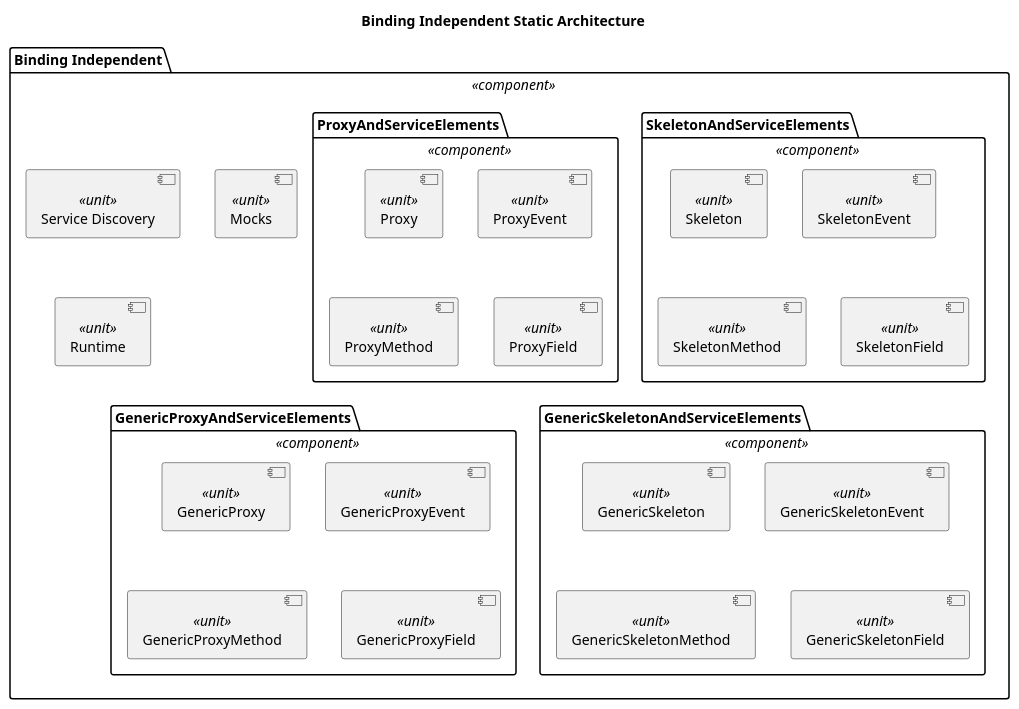
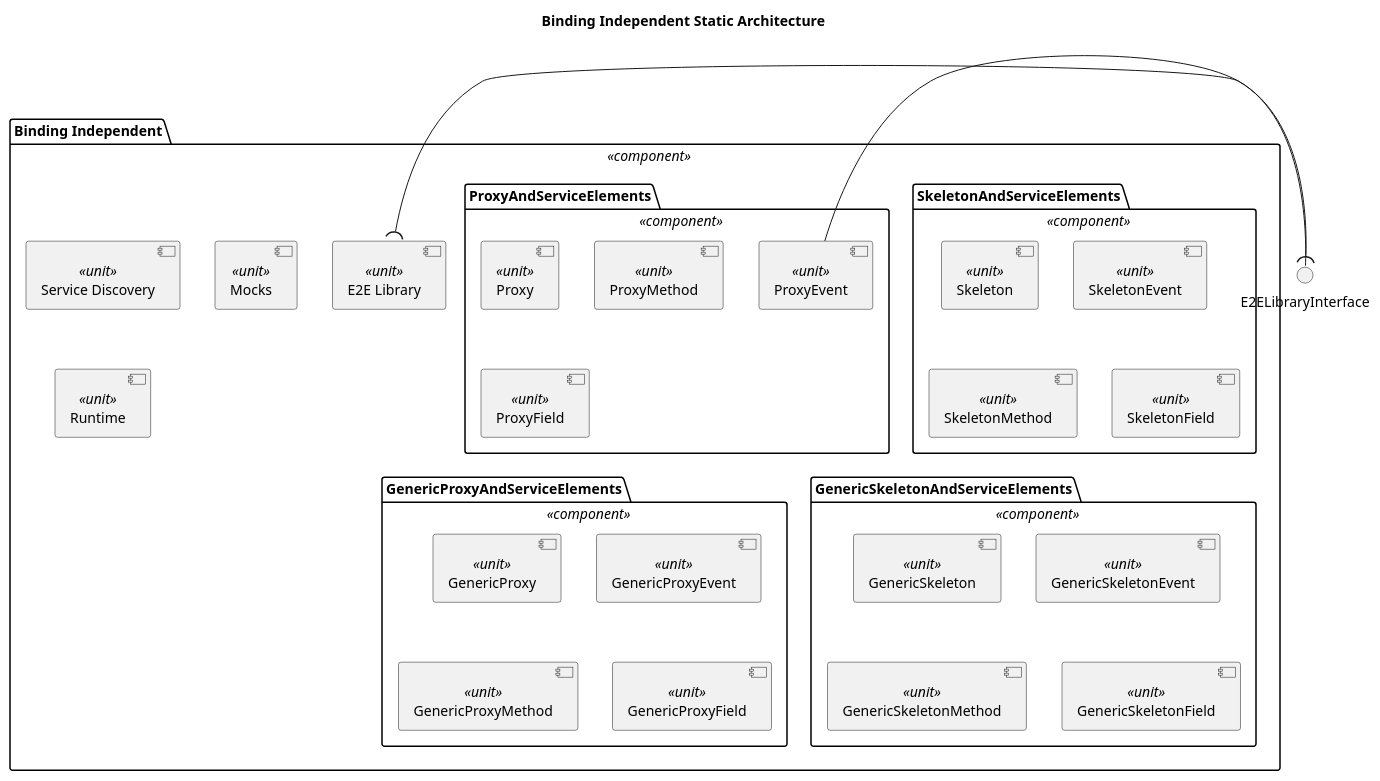
One commit to Komal362000/komal_communication changed the diagram in score/mw/com/dependability/software_architectural_design/static_design/binding_independent.puml. Above: the diagram before and after it, drawn with PlantUML. The commit also changed 12 other files, not shown here.

```diff
--- a/score/mw/com/dependability/software_architectural_design/static_design/binding_independent.puml
+++ b/score/mw/com/dependability/software_architectural_design/static_design/binding_independent.puml
@@ -13,38 +13,43 @@
 @startuml safety_sentinel_binding_independent_design
 title "Binding Independent Static Architecture"
 
 package "Binding Independent" as binding_independent <<component>> {
-  component "Service Discovery" as service_discovery <<unit>> 
-  component "Mocks" as mocks <<unit>> 
-  component "Runtime" as runtime <<unit>> 
+  component "Service Discovery" as service_discovery <<unit>>
+  component "Mocks" as mocks <<unit>>
+  component "Runtime" as runtime <<unit>>
+  component "E2E Library" as e2e_library <<unit>>
 
   package "SkeletonAndServiceElements" as skeleton_and_service_elements <<component>>  {
-    component "Skeleton" as impl_skeleton <<unit>> 
-    component "SkeletonEvent" as impl_skeleton_event <<unit>> 
-    component "SkeletonMethod" as impl_skeleton_method <<unit>> 
-    component "SkeletonField" as impl_skeleton_field <<unit>> 
+    component "Skeleton" as impl_skeleton <<unit>>
+    component "SkeletonEvent" as impl_skeleton_event <<unit>>
+    component "SkeletonMethod" as impl_skeleton_method <<unit>>
+    component "SkeletonField" as impl_skeleton_field <<unit>>
   }
 
   package "ProxyAndServiceElements" as proxy_and_service_elements <<component>>  {
-    component "Proxy" as impl_proxy <<unit>> 
-    component "ProxyEvent" as impl_proxy_event <<unit>> 
-    component "ProxyMethod" as impl_proxy_method <<unit>> 
-    component "ProxyField" as impl_proxy_field <<unit>> 
+    component "Proxy" as impl_proxy <<unit>>
+    component "ProxyEvent" as impl_proxy_event <<unit>>
+    component "ProxyMethod" as impl_proxy_method <<unit>>
+    component "ProxyField" as impl_proxy_field <<unit>>
   }
 
   package "GenericSkeletonAndServiceElements" as generic_skeleton_and_service_elements <<component>>  {
-    component "GenericSkeleton" as impl_generic_skeleton <<unit>> 
-    component "GenericSkeletonEvent" as impl_generic_skeleton_event <<unit>> 
-    component "GenericSkeletonMethod" as impl_generic_skeleton_method <<unit>> 
-    component "GenericSkeletonField" as impl_generic_skeleton_field <<unit>> 
+    component "GenericSkeleton" as impl_generic_skeleton <<unit>>
+    component "GenericSkeletonEvent" as impl_generic_skeleton_event <<unit>>
+    component "GenericSkeletonMethod" as impl_generic_skeleton_method <<unit>>
+    component "GenericSkeletonField" as impl_generic_skeleton_field <<unit>>
   }
 
   package "GenericProxyAndServiceElements" as generic_proxy_and_service_elements <<component>>  {
-    component "GenericProxy" as impl_generic_proxy <<unit>> 
-    component "GenericProxyEvent" as impl_generic_proxy_event <<unit>> 
-    component "GenericProxyMethod" as impl_generic_proxy_method <<unit>> 
-    component "GenericProxyField" as impl_generic_proxy_field <<unit>> 
+    component "GenericProxy" as impl_generic_proxy <<unit>>
+    component "GenericProxyEvent" as impl_generic_proxy_event <<unit>>
+    component "GenericProxyMethod" as impl_generic_proxy_method <<unit>>
+    component "GenericProxyField" as impl_generic_proxy_field <<unit>>
   }
 }
 
+interface "E2ELibraryInterface" as E2ELibraryInterface
+impl_proxy_event -( E2ELibraryInterface
+e2e_library )- E2ELibraryInterface
+
 @enduml
```
